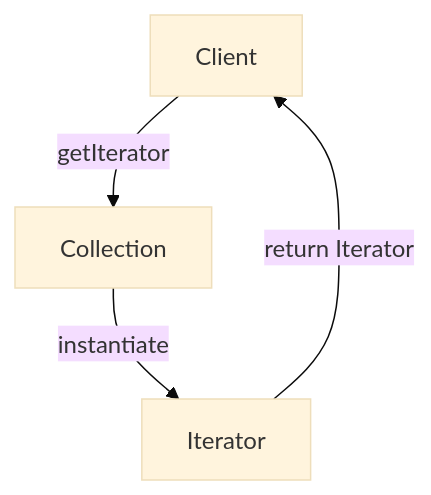
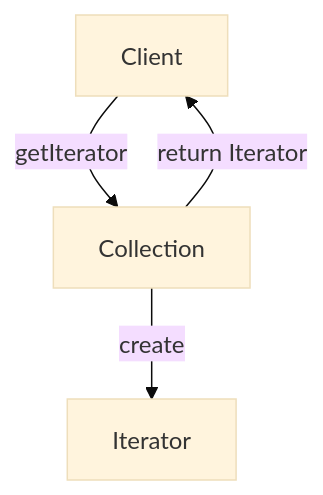
Before and after one commit to bootcamp-places/javascript-patterns: the diagram in iterator.md, drawn with Mermaid (base theme). The commit also changed other lines of this file, not shown here.

Commit message:
change iterator pattern formating

````diff
--- a/iterator.md
+++ b/iterator.md
@@ -3,6 +3,6 @@
 ```mermaid
 flowchart TB
   A[Client] -- getIterator --> B[Collection]
-  B -- instantiate --> C[Iterator]
-  C -- return Iterator --> A
+  B -- create --> C[Iterator]
+  B -- return Iterator --> A
 ```
````
